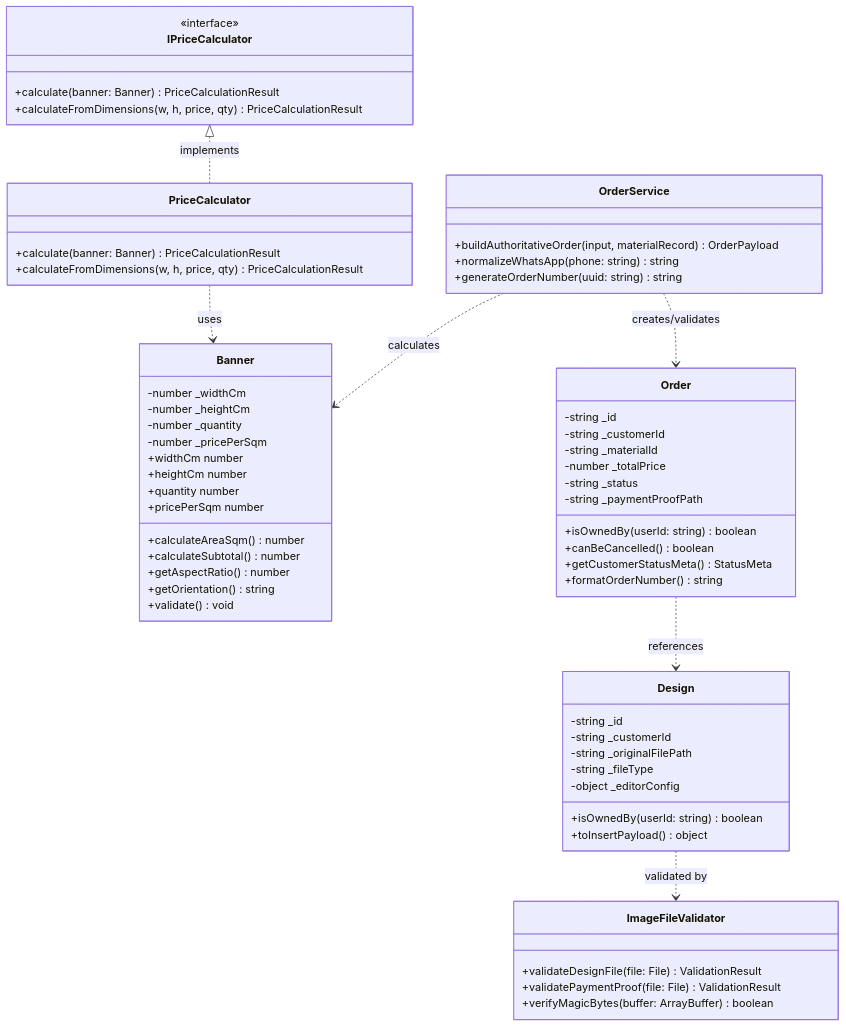
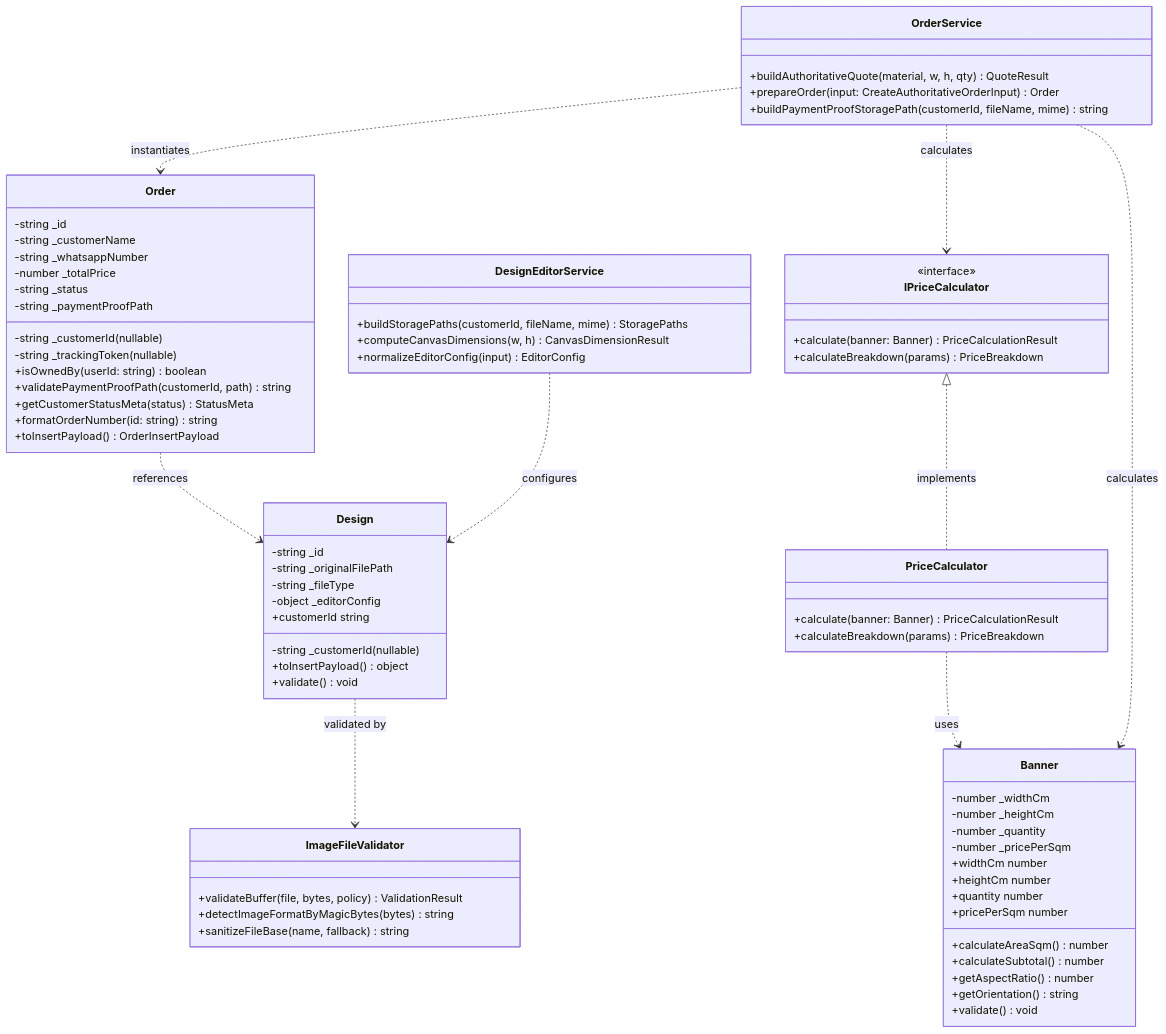
Before and after one commit to aryarakapermana/BannerIN: the fourth of 4 diagrams in docs/DOKUMENTASI_APSI.md, drawn with Mermaid. The commit also changed other lines of this file and 21 other files, not shown here.

````diff
--- a/docs/DOKUMENTASI_APSI.md
+++ b/docs/DOKUMENTASI_APSI.md
@@ -137,53 +167,65 @@
     class IPriceCalculator {
         <<interface>>
         +calculate(banner: Banner) PriceCalculationResult
-        +calculateFromDimensions(w, h, price, qty) PriceCalculationResult
+        +calculateBreakdown(params) PriceBreakdown
     }
 
     class PriceCalculator {
         +calculate(banner: Banner) PriceCalculationResult
-        +calculateFromDimensions(w, h, price, qty) PriceCalculationResult
+        +calculateBreakdown(params) PriceBreakdown
     }
 
     class Design {
         -string _id
-        -string _customerId
+        -string _customerId (nullable)
         -string _originalFilePath
         -string _fileType
         -object _editorConfig
-        +isOwnedBy(userId: string) boolean
+        +customerId string
         +toInsertPayload() object
+        +validate() void
     }
 
     class ImageFileValidator {
-        +validateDesignFile(file: File) ValidationResult
-        +validatePaymentProof(file: File) ValidationResult
-        +verifyMagicBytes(buffer: ArrayBuffer) boolean
+        +validateBuffer(file, bytes, policy) ValidationResult
+        +detectImageFormatByMagicBytes(bytes) string
+        +sanitizeFileBase(name, fallback) string
     }
 
     class Order {
         -string _id
-        -string _customerId
-        -string _materialId
+        -string _customerId (nullable)
+        -string _trackingToken (nullable)
+        -string _customerName
+        -string _whatsappNumber
         -number _totalPrice
         -string _status
         -string _paymentProofPath
         +isOwnedBy(userId: string) boolean
-        +canBeCancelled() boolean
-        +getCustomerStatusMeta() StatusMeta
-        +formatOrderNumber() string
+        +validatePaymentProofPath(customerId, path) string
+        +getCustomerStatusMeta(status) StatusMeta
+        +formatOrderNumber(id: string) string
+        +toInsertPayload() OrderInsertPayload
     }
 
     class OrderService {
-        +buildAuthoritativeOrder(input, materialRecord) OrderPayload
-        +normalizeWhatsApp(phone: string) string
-        +generateOrderNumber(uuid: string) string
+        +buildAuthoritativeQuote(material, w, h, qty) QuoteResult
+        +prepareOrder(input: CreateAuthoritativeOrderInput) Order
+        +buildPaymentProofStoragePath(customerId, fileName, mime) string
+    }
+
+    class DesignEditorService {
+        +buildStoragePaths(customerId, fileName, mime) StoragePaths
+        +computeCanvasDimensions(w, h) CanvasDimensionResult
+        +normalizeEditorConfig(input) EditorConfig
     }
 
     IPriceCalculator <|.. PriceCalculator : implements
     PriceCalculator ..> Banner : uses
-    OrderService ..> Order : creates/validates
+    OrderService ..> Order : instantiates
     OrderService ..> Banner : calculates
+    OrderService ..> IPriceCalculator : calculates
     Order ..> Design : references
     Design ..> ImageFileValidator : validated by
+    DesignEditorService ..> Design : configures
 ```
````
